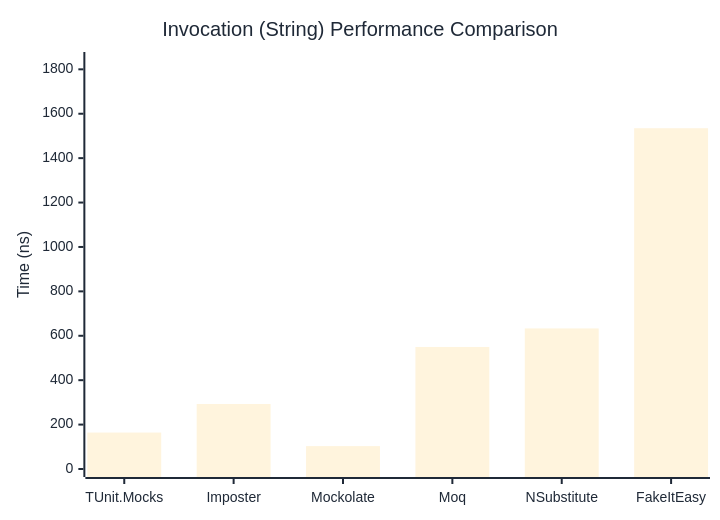
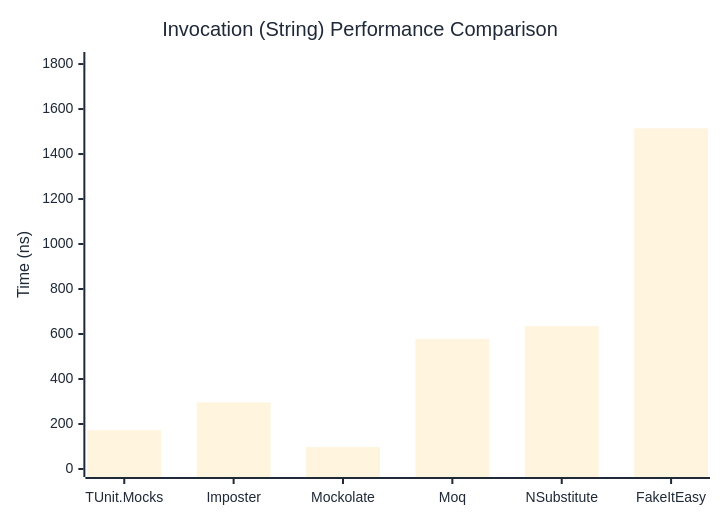
Before and after one commit to thomhurst/TUnit: the second of 3 diagrams in docs/docs/benchmarks/mocks/Invocation.md, drawn with Mermaid. The commit also changed other lines of this file and 14 other files, not shown here.

````diff
--- a/docs/docs/benchmarks/mocks/Invocation.md
+++ b/docs/docs/benchmarks/mocks/Invocation.md
@@ -71,27 +71,27 @@
 ```mermaid
 %%{init: {
   'theme':'base',
   'themeVariables': {
     'primaryColor': '#2563eb',
     'primaryTextColor': '#1f2937',
     'primaryBorderColor': '#1e40af',
     'lineColor': '#6b7280',
     'secondaryColor': '#7c3aed',
     'tertiaryColor': '#dc2626',
     'background': '#ffffff',
     'pie1': '#2563eb',
     'pie2': '#7c3aed',
     'pie3': '#dc2626',
     'pie4': '#f59e0b',
     'pie5': '#10b981',
     'pie6': '#06b6d4',
     'pie7': '#ec4899',
     'pie8': '#6366f1'
   }
 }}%%
 xychart-beta
   title "Invocation (String) Performance Comparison"
   x-axis ["TUnit.Mocks", "Imposter", "Mockolate", "Moq", "NSubstitute", "FakeItEasy"]
-  y-axis "Time (ns)" 0 --> 1842
-  bar [164.1, 292.8, 103.1, 549.6, 633.1, 1534.8]
+  y-axis "Time (ns)" 0 --> 1818
+  bar [172.26, 295.92, 97.84, 578.61, 635.24, 1514.42]
 ```
````
